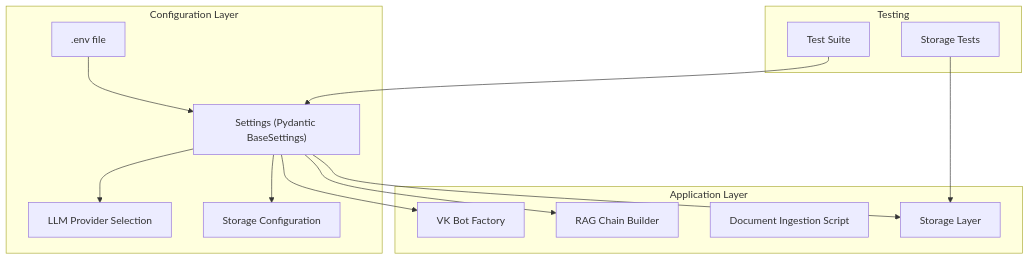
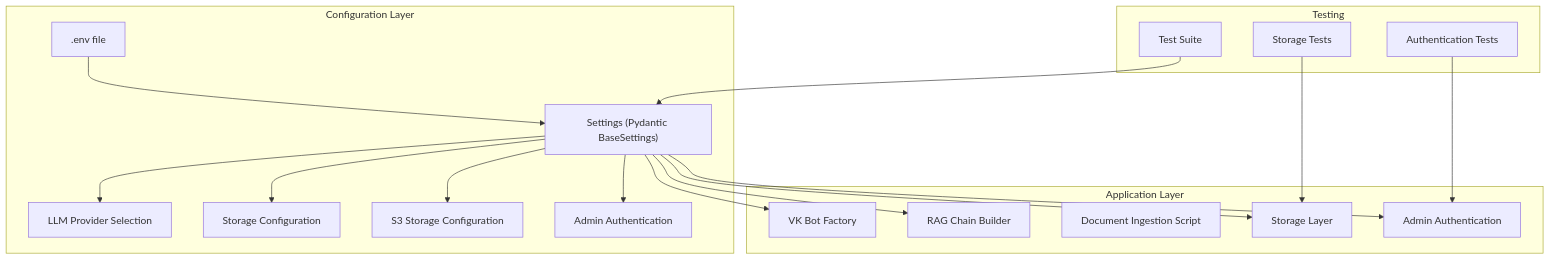
Before and after one commit to ognelis/cafetera_hr_bot: the first of 9 diagrams in .qoder/repowiki/en/content/Configuration Management.md, drawn with Mermaid. The commit also changed other lines of this file and 15 other files, not shown here.

````diff
--- a/.qoder/repowiki/en/content/Configuration Management.md
+++ b/.qoder/repowiki/en/content/Configuration Management.md
@@ -53,27 +49,35 @@
 ```mermaid
 graph TB
 subgraph "Configuration Layer"
 SettingsClass["Settings (Pydantic BaseSettings)"]
 EnvFile[".env file"]
 LLMProvider["LLM Provider Selection"]
 StorageConfig["Storage Configuration"]
+S3Config["S3 Storage Configuration"]
+AdminConfig["Admin Authentication"]
 end
 subgraph "Application Layer"
 VKBot["VK Bot Factory"]
 RAGChain["RAG Chain Builder"]
 IngestScript["Document Ingestion Script"]
 StorageLayer["Storage Layer"]
+AdminAuth["Admin Authentication"]
 end
 subgraph "Testing"
 TestConfig["Test Suite"]
 TestStorage["Storage Tests"]
+TestAuth["Authentication Tests"]
 end
 EnvFile --> SettingsClass
 SettingsClass --> LLMProvider
 SettingsClass --> VKBot
 SettingsClass --> RAGChain
 SettingsClass --> StorageConfig
+SettingsClass --> S3Config
+SettingsClass --> AdminConfig
 SettingsClass --> StorageLayer
+SettingsClass --> AdminAuth
 TestConfig --> SettingsClass
 TestStorage --> StorageLayer
+TestAuth --> AdminAuth
 ```
````
